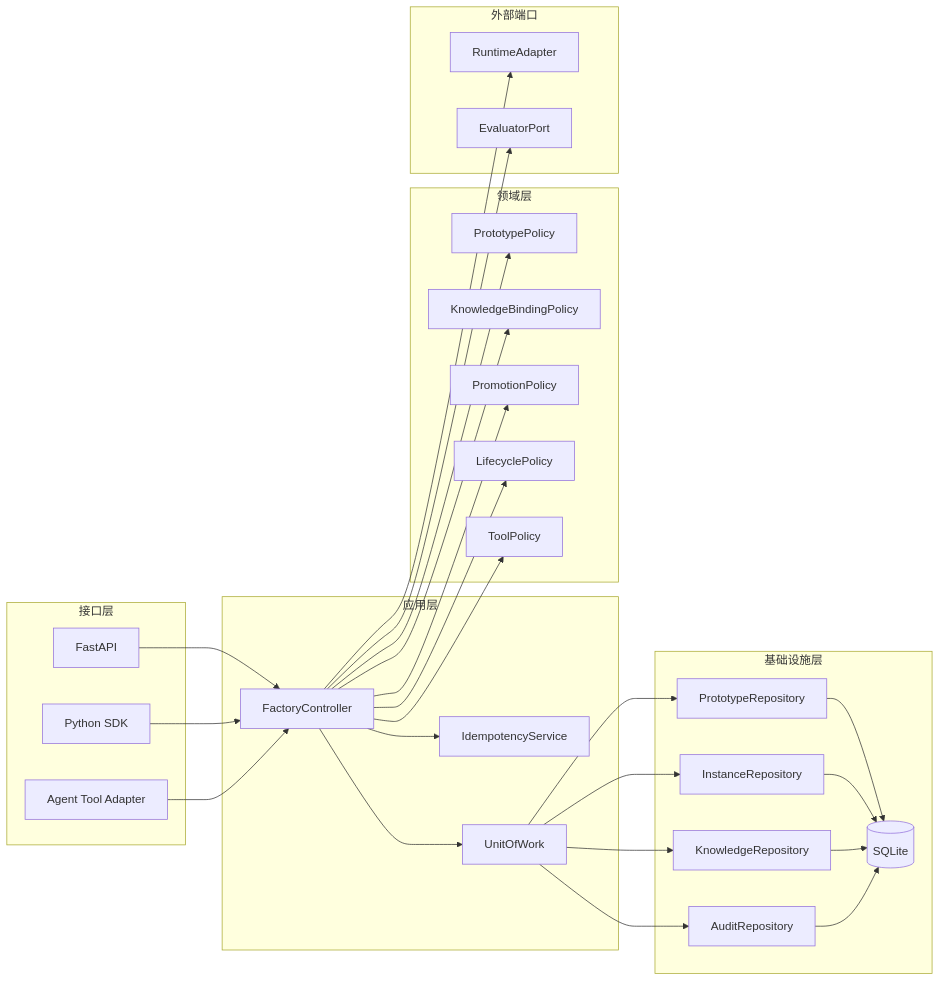
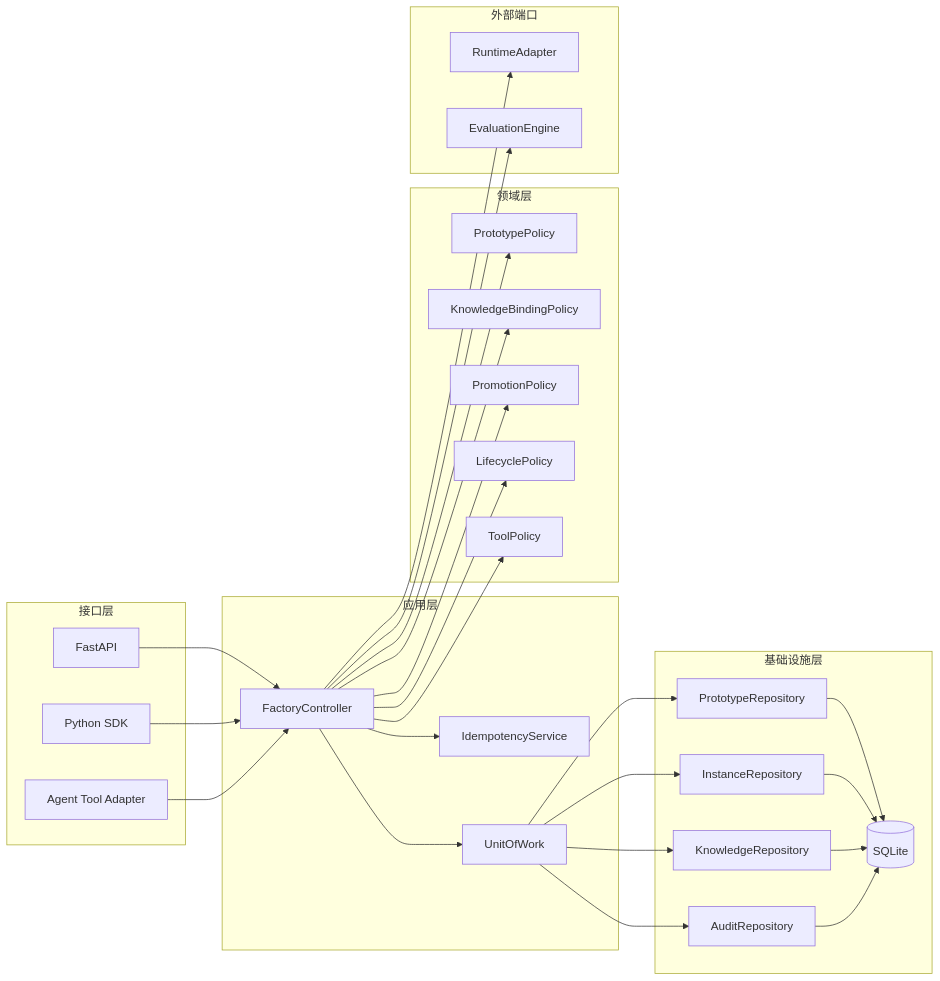
Before and after one commit to 1471436961/agent-factory: the second of 3 diagrams in docs/architecture.md, drawn with Mermaid. The commit also changed other lines of this file and 5 other files, not shown here.

````diff
--- a/docs/architecture.md
+++ b/docs/architecture.md
@@ -280,56 +280,56 @@
 ```mermaid
 flowchart LR
     subgraph Interfaces["接口层"]
         API["FastAPI"]
         SDK["Python SDK"]
         TOOL["Agent Tool Adapter"]
     end
 
     subgraph Application["应用层"]
         CTRL["FactoryController"]
         IDEM["IdempotencyService"]
         UOW["UnitOfWork"]
     end
 
     subgraph Domain["领域层"]
         PROTO["PrototypePolicy"]
         KNOW["KnowledgeBindingPolicy"]
         SKILL["PromotionPolicy"]
         LIFE["LifecyclePolicy"]
         AUTH["ToolPolicy"]
     end
 
     subgraph Infra["基础设施层"]
         PREPO["PrototypeRepository"]
         IREPO["InstanceRepository"]
         KREPO["KnowledgeRepository"]
         AREPO["AuditRepository"]
         SQLITE[("SQLite")]
     end
 
     subgraph Runtime["外部端口"]
         ADAPTER["RuntimeAdapter"]
-        EVAL["EvaluatorPort"]
+        EVAL["EvaluationEngine"]
     end
 
     API --> CTRL
     SDK --> CTRL
     TOOL --> CTRL
     CTRL --> IDEM
     CTRL --> UOW
     CTRL --> PROTO
     CTRL --> KNOW
     CTRL --> SKILL
     CTRL --> LIFE
     CTRL --> AUTH
     UOW --> PREPO
     UOW --> IREPO
     UOW --> KREPO
     UOW --> AREPO
     PREPO --> SQLITE
     IREPO --> SQLITE
     KREPO --> SQLITE
     AREPO --> SQLITE
     CTRL --> ADAPTER
     CTRL --> EVAL
 ```
````
